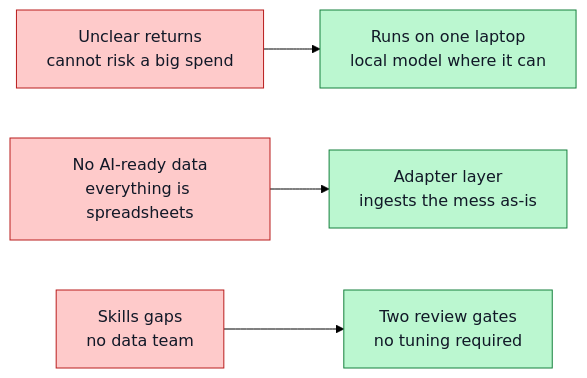
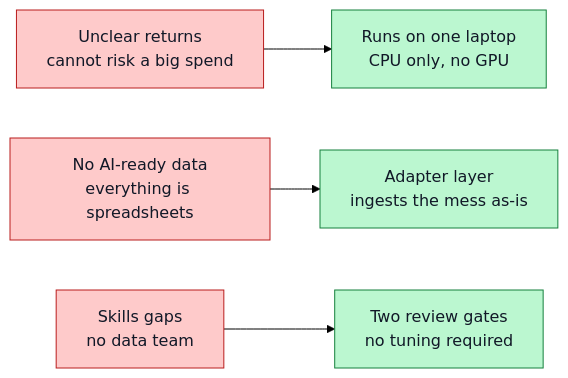
The diagram in wiki/Background.md (Emmett-M-Dev/bottleneck-ingest), drawn with Mermaid (forest theme) before and after one commit. The commit also changed 16 other files, not shown here.

````diff
--- a/wiki/Background.md
+++ b/wiki/Background.md
@@ -9,11 +9,11 @@
 ```mermaid
 flowchart LR
-    W1["Unclear returns<br/>cannot risk a big spend"] --> D1["Runs on one laptop<br/>local model where it can"]
+    W1["Unclear returns<br/>cannot risk a big spend"] --> D1["Runs on one laptop<br/>CPU only, no GPU"]
     W2["No AI-ready data<br/>everything is spreadsheets"] --> D2["Adapter layer<br/>ingests the mess as-is"]
     W3["Skills gaps<br/>no data team"] --> D3["Two review gates<br/>no tuning required"]
 
     classDef wall fill:#fecaca,stroke:#b91c1c,color:#111827
     classDef ans fill:#bbf7d0,stroke:#15803d,color:#111827
     class W1,W2,W3 wall
     class D1,D2,D3 ans
 ```
````
